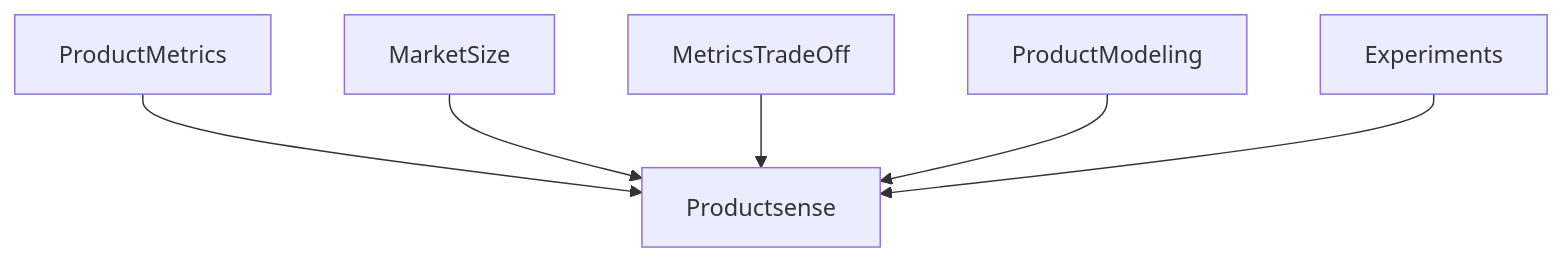
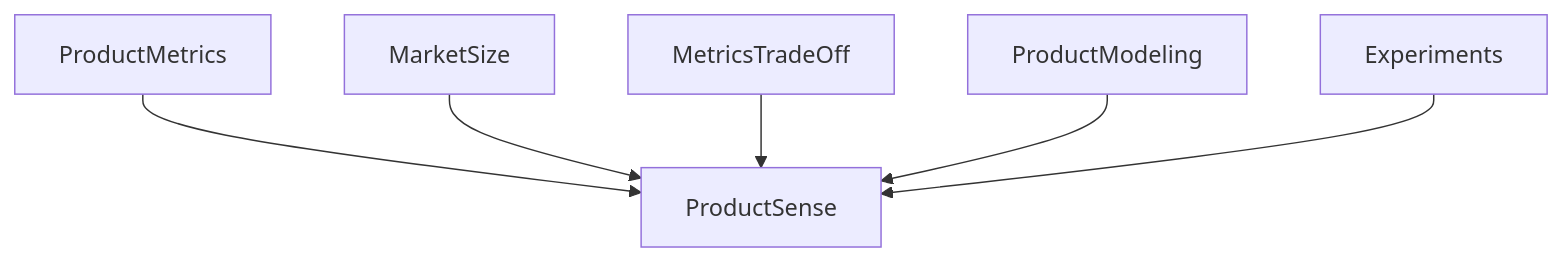
One commit to PriyaJyesta/product-cases changed the diagram in Product Sense Basics/product_sense.md. Above: the diagram before and after it, drawn with Mermaid. The commit also changed other lines of this file, not shown here.

````diff
--- a/Product Sense Basics/product_sense.md
+++ b/Product Sense Basics/product_sense.md
@@ -7,8 +7,8 @@
 ```mermaid
 graph TD;
-    ProductMetrics-->Productsense;
-    MarketSize-->Productsense;
-    MetricsTradeOff-->Productsense; 
-    ProductModeling-->Productsense; 
-    Experiments-->Productsense;
+    ProductMetrics-->ProductSense;
+    MarketSize-->ProductSense;
+    MetricsTradeOff-->ProductSense; 
+    ProductModeling-->ProductSense; 
+    Experiments-->ProductSense;
 ```
````
